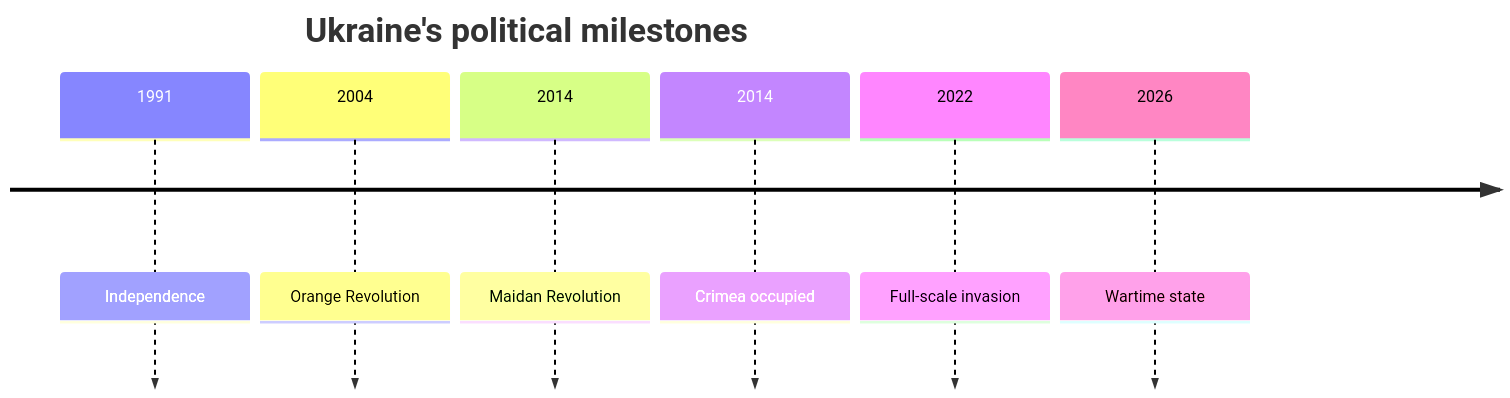
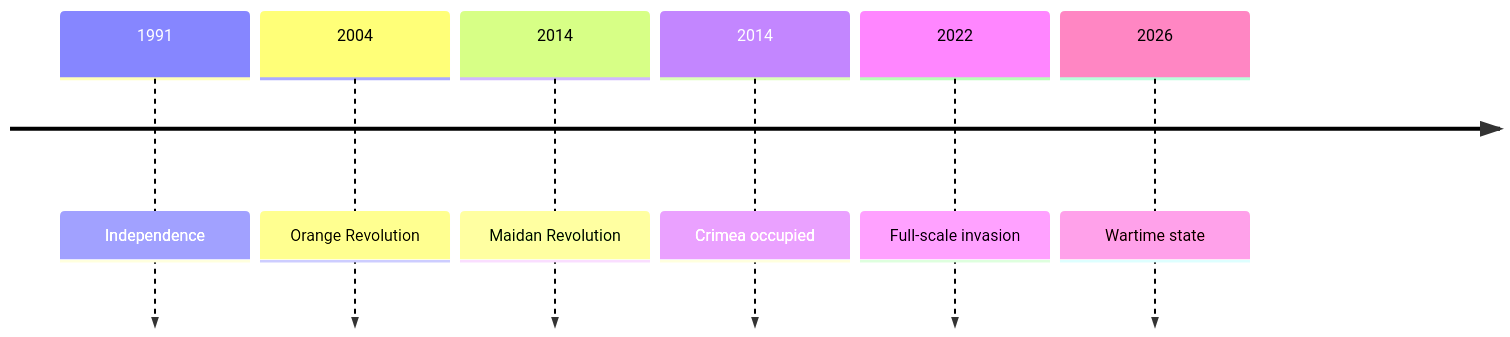
The second of 2 diagrams in articles/report/ukraine-geopolitical-profile/en/index.mdx (daylight55/research), drawn with Mermaid before and after one commit. The commit also changed other lines of this file and 181 other files, not shown here.

First line of the commit message:
全記事の図解368点を再生成し、共通注意書きを削除 (#402)

````diff
--- a/articles/report/ukraine-geopolitical-profile/en/index.mdx
+++ b/articles/report/ukraine-geopolitical-profile/en/index.mdx
@@ -46,10 +53,13 @@
 ```mermaid
 timeline
-  title Ukraine's political milestones
+  accTitle: Milestones in Ukrainian independence, political change and invasion
+  accDescr: The chronology covers independence, democratic movements, the occupation of Crimea, full-scale invasion and wartime government.
+  accTitle: Milestones in Ukrainian independence, political change and invasion
+  accDescr: The chronology covers independence, democratic movements, the occupation of Crimea, full-scale invasion and wartime government.
   1991 : Independence
   2004 : Orange Revolution
   2014 : Maidan Revolution
   2014 : Crimea occupied
   2022 : Full-scale invasion
   2026 : Wartime state
 ```
````
